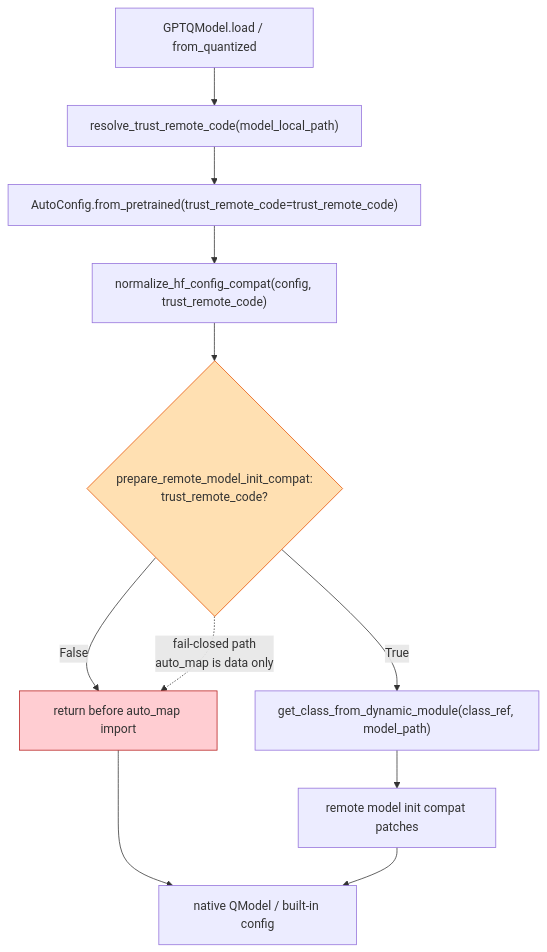
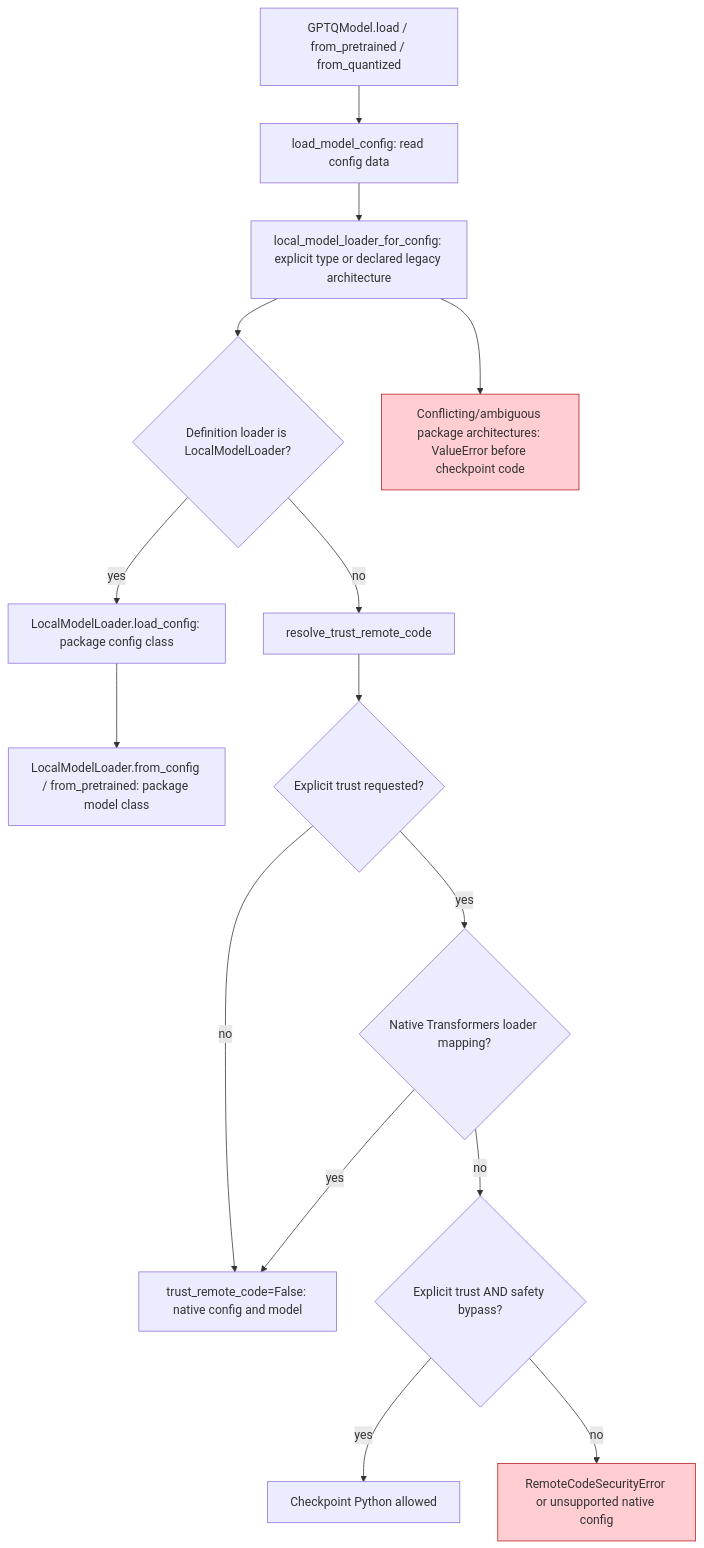
Before and after one commit to ModelCloud/GPTQModel: the first of 7 diagrams in docs/trust-remote-code-isolation.md, drawn with Mermaid. The commit also changed other lines of this file and 2458 other files, not shown here.

First line of the commit message:
Port every supported model onto the Transformers 5.23 ABI; never patch Transformers (#4620)

````diff
--- a/docs/trust-remote-code-isolation.md
+++ b/docs/trust-remote-code-isolation.md
@@ -22,15 +16,19 @@
 ```mermaid
 flowchart TD
-    A["GPTQModel.load / from_quantized"] --> B["resolve_trust_remote_code(model_local_path)"]
-    B --> C["AutoConfig.from_pretrained(trust_remote_code=trust_remote_code)"]
-    C --> D["normalize_hf_config_compat(config, trust_remote_code)"]
-    D --> E{"prepare_remote_model_init_compat:<br/>trust_remote_code?"}
-    E -- "False" --> F["return before auto_map import"]
-    E -- "True" --> G["get_class_from_dynamic_module(class_ref, model_path)"]
-    G --> H["remote model init compat patches"]
-    F --> I["native QModel / built-in config"]
-    H --> I
-    E -. "fail-closed path<br/>auto_map is data only" .-> F
-    style E fill:#ffe0b2,stroke:#e65100
-    style F fill:#ffcdd2,stroke:#b71c1c
+    A["GPTQModel.load / from_pretrained / from_quantized"] --> B["load_model_config: read config data"]
+    B --> Q["local_model_loader_for_config: explicit type or declared legacy architecture"]
+    Q --> C{"Definition loader is LocalModelLoader?"}
+    Q --> M["Conflicting/ambiguous package architectures: ValueError before checkpoint code"]
+    C -- yes --> D["LocalModelLoader.load_config: package config class"]
+    D --> E["LocalModelLoader.from_config / from_pretrained: package model class"]
+    C -- no --> F["resolve_trust_remote_code"]
+    F --> G{"Explicit trust requested?"}
+    G -- no --> I["trust_remote_code=False: native config and model"]
+    G -- yes --> H{"Native Transformers loader mapping?"}
+    H -- yes --> I["trust_remote_code=False: native config and model"]
+    H -- no --> J{"Explicit trust AND safety bypass?"}
+    J -- yes --> K["Checkpoint Python allowed"]
+    J -- no --> L["RemoteCodeSecurityError or unsupported native config"]
+    style L fill:#ffcdd2,stroke:#b71c1c
+    style M fill:#ffcdd2,stroke:#b71c1c
 ```
````
